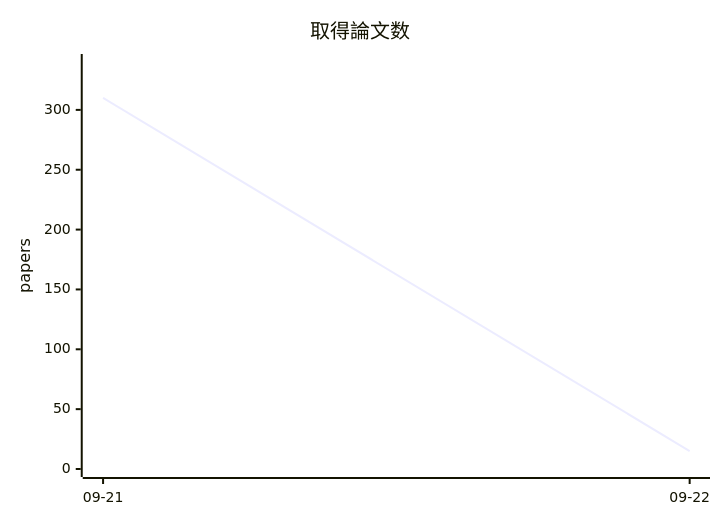
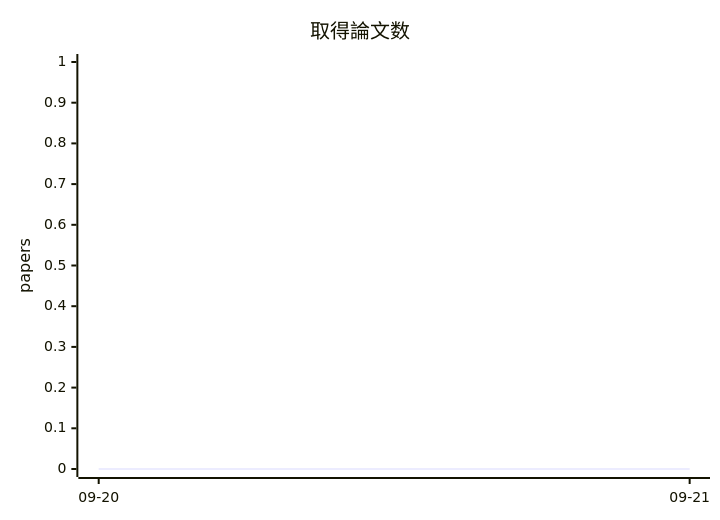
One commit to uzak0209/AI-Research changed the diagram in docs/metrics-trend.md. Above: the diagram before and after it, drawn with Mermaid. The commit also changed other lines of this file and 3 other files, not shown here.

````diff
--- a/docs/metrics-trend.md
+++ b/docs/metrics-trend.md
@@ -67,7 +52,7 @@
 ```mermaid
 xychart-beta
     title "取得論文数"
-    x-axis ["09-21", "09-22"]
-    y-axis "papers" 0 --> 340
-    line [310, 15]
+    x-axis ["09-20", "09-21"]
+    y-axis "papers" 0 --> 1
+    line [0, 0]
 ```
````
